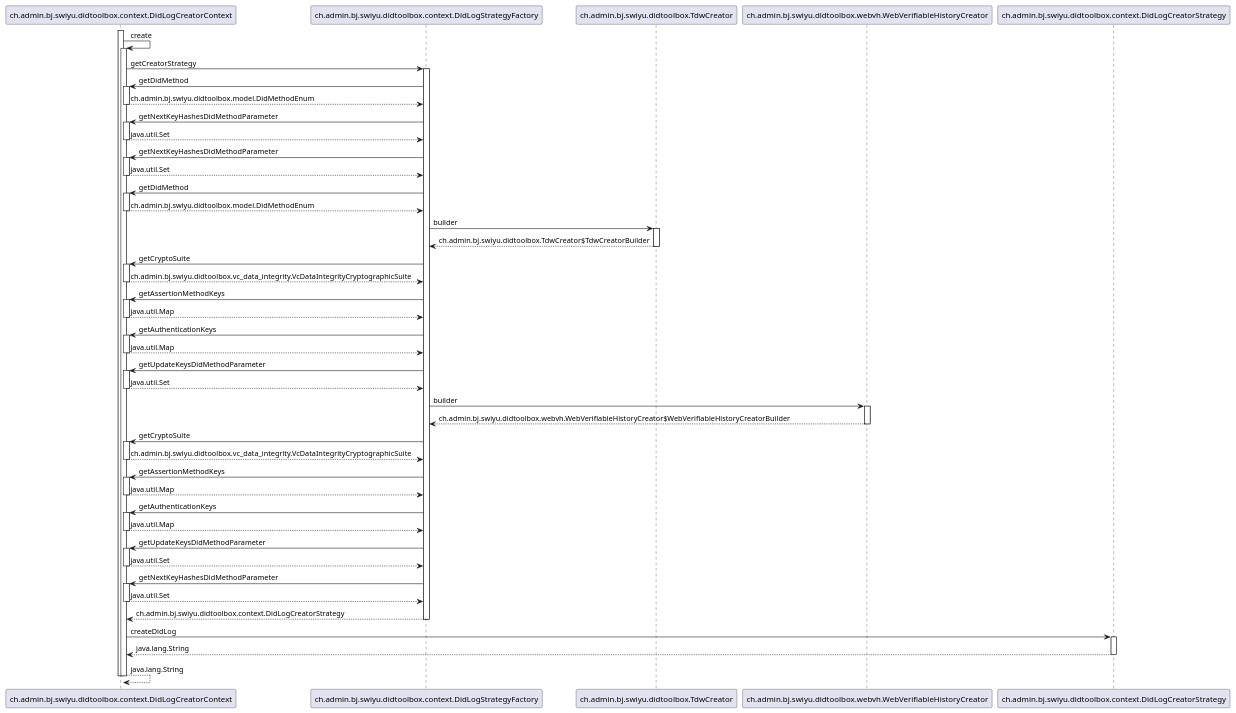
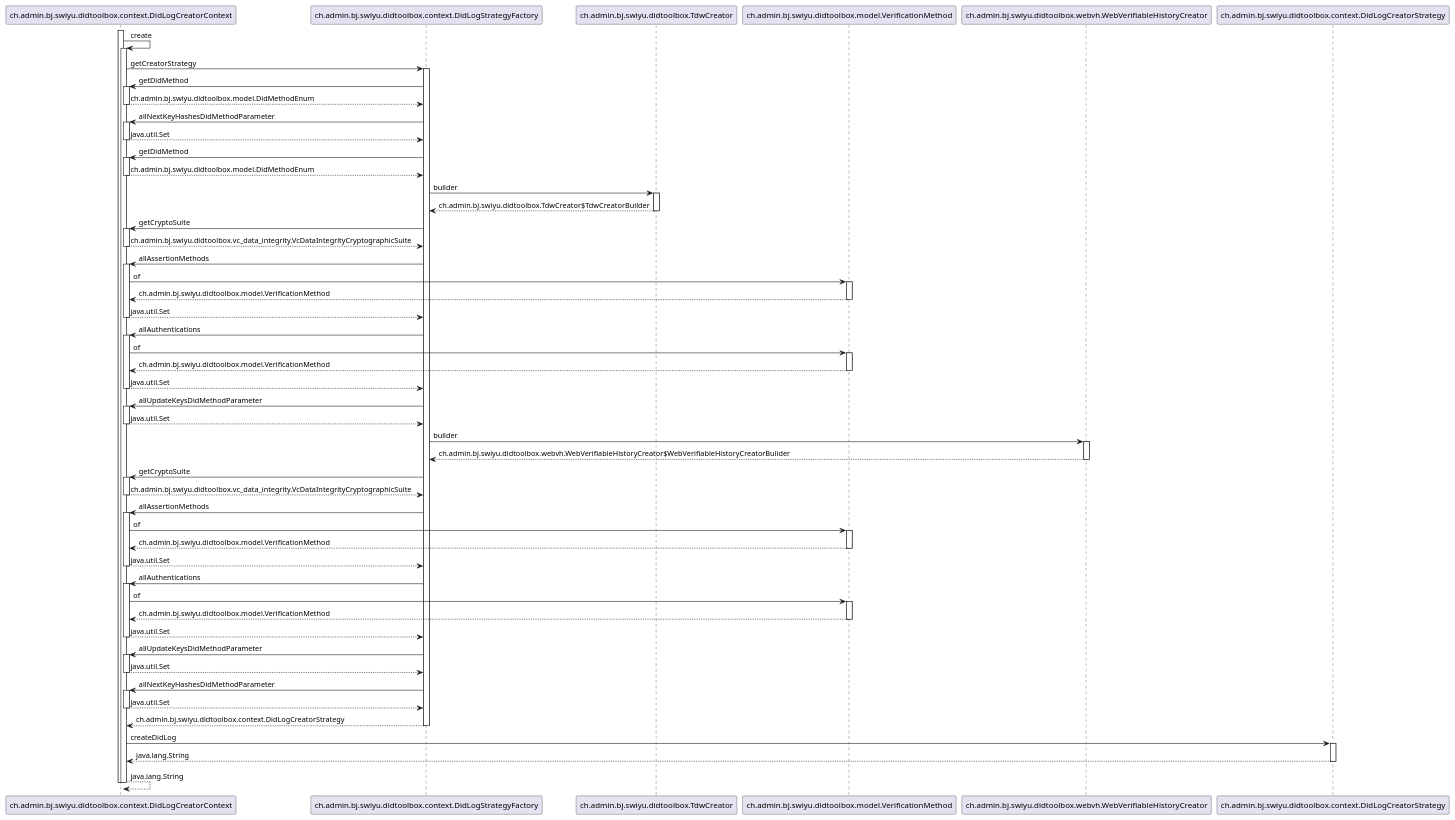
One commit to swiyu-admin-ch/didtoolbox-java changed the diagram in src/main/plantuml/DidLogCreatorContext-create.puml. Above: the diagram before and after it, drawn with PlantUML. The commit also changed 12 other files, not shown here.

Commit message:
EIDOMNI-708: Further unit tests added. PlantUML diagrams updated

```diff
--- a/src/main/plantuml/DidLogCreatorContext-create.puml
+++ b/src/main/plantuml/DidLogCreatorContext-create.puml
@@ -2,84 +2,97 @@
 @startuml
 
 participant ch.admin.bj.swiyu.didtoolbox.context.DidLogCreatorContext
 participant ch.admin.bj.swiyu.didtoolbox.context.DidLogStrategyFactory
 participant ch.admin.bj.swiyu.didtoolbox.TdwCreator
+participant ch.admin.bj.swiyu.didtoolbox.model.VerificationMethod
 participant ch.admin.bj.swiyu.didtoolbox.webvh.WebVerifiableHistoryCreator
 participant ch.admin.bj.swiyu.didtoolbox.context.DidLogCreatorStrategy
 
 activate ch.admin.bj.swiyu.didtoolbox.context.DidLogCreatorContext
 	ch.admin.bj.swiyu.didtoolbox.context.DidLogCreatorContext -> ch.admin.bj.swiyu.didtoolbox.context.DidLogCreatorContext : create
 	activate ch.admin.bj.swiyu.didtoolbox.context.DidLogCreatorContext
 		ch.admin.bj.swiyu.didtoolbox.context.DidLogCreatorContext -> ch.admin.bj.swiyu.didtoolbox.context.DidLogStrategyFactory : getCreatorStrategy
 		activate ch.admin.bj.swiyu.didtoolbox.context.DidLogStrategyFactory
 			ch.admin.bj.swiyu.didtoolbox.context.DidLogStrategyFactory -> ch.admin.bj.swiyu.didtoolbox.context.DidLogCreatorContext : getDidMethod
 			activate ch.admin.bj.swiyu.didtoolbox.context.DidLogCreatorContext
 				ch.admin.bj.swiyu.didtoolbox.context.DidLogCreatorContext --> ch.admin.bj.swiyu.didtoolbox.context.DidLogStrategyFactory : ch.admin.bj.swiyu.didtoolbox.model.DidMethodEnum
 			deactivate ch.admin.bj.swiyu.didtoolbox.context.DidLogCreatorContext
-			ch.admin.bj.swiyu.didtoolbox.context.DidLogStrategyFactory -> ch.admin.bj.swiyu.didtoolbox.context.DidLogCreatorContext : getNextKeyHashesDidMethodParameter
-			activate ch.admin.bj.swiyu.didtoolbox.context.DidLogCreatorContext
-				ch.admin.bj.swiyu.didtoolbox.context.DidLogCreatorContext --> ch.admin.bj.swiyu.didtoolbox.context.DidLogStrategyFactory : java.util.Set
-			deactivate ch.admin.bj.swiyu.didtoolbox.context.DidLogCreatorContext
-			ch.admin.bj.swiyu.didtoolbox.context.DidLogStrategyFactory -> ch.admin.bj.swiyu.didtoolbox.context.DidLogCreatorContext : getNextKeyHashesDidMethodParameter
+			ch.admin.bj.swiyu.didtoolbox.context.DidLogStrategyFactory -> ch.admin.bj.swiyu.didtoolbox.context.DidLogCreatorContext : allNextKeyHashesDidMethodParameter
 			activate ch.admin.bj.swiyu.didtoolbox.context.DidLogCreatorContext
 				ch.admin.bj.swiyu.didtoolbox.context.DidLogCreatorContext --> ch.admin.bj.swiyu.didtoolbox.context.DidLogStrategyFactory : java.util.Set
 			deactivate ch.admin.bj.swiyu.didtoolbox.context.DidLogCreatorContext
 			ch.admin.bj.swiyu.didtoolbox.context.DidLogStrategyFactory -> ch.admin.bj.swiyu.didtoolbox.context.DidLogCreatorContext : getDidMethod
 			activate ch.admin.bj.swiyu.didtoolbox.context.DidLogCreatorContext
 				ch.admin.bj.swiyu.didtoolbox.context.DidLogCreatorContext --> ch.admin.bj.swiyu.didtoolbox.context.DidLogStrategyFactory : ch.admin.bj.swiyu.didtoolbox.model.DidMethodEnum
 			deactivate ch.admin.bj.swiyu.didtoolbox.context.DidLogCreatorContext
 			ch.admin.bj.swiyu.didtoolbox.context.DidLogStrategyFactory -> ch.admin.bj.swiyu.didtoolbox.TdwCreator : builder
 			activate ch.admin.bj.swiyu.didtoolbox.TdwCreator
 				ch.admin.bj.swiyu.didtoolbox.TdwCreator --> ch.admin.bj.swiyu.didtoolbox.context.DidLogStrategyFactory : ch.admin.bj.swiyu.didtoolbox.TdwCreator$TdwCreatorBuilder
 			deactivate ch.admin.bj.swiyu.didtoolbox.TdwCreator
 			ch.admin.bj.swiyu.didtoolbox.context.DidLogStrategyFactory -> ch.admin.bj.swiyu.didtoolbox.context.DidLogCreatorContext : getCryptoSuite
 			activate ch.admin.bj.swiyu.didtoolbox.context.DidLogCreatorContext
 				ch.admin.bj.swiyu.didtoolbox.context.DidLogCreatorContext --> ch.admin.bj.swiyu.didtoolbox.context.DidLogStrategyFactory : ch.admin.bj.swiyu.didtoolbox.vc_data_integrity.VcDataIntegrityCryptographicSuite
 			deactivate ch.admin.bj.swiyu.didtoolbox.context.DidLogCreatorContext
-			ch.admin.bj.swiyu.didtoolbox.context.DidLogStrategyFactory -> ch.admin.bj.swiyu.didtoolbox.context.DidLogCreatorContext : getAssertionMethodKeys
+			ch.admin.bj.swiyu.didtoolbox.context.DidLogStrategyFactory -> ch.admin.bj.swiyu.didtoolbox.context.DidLogCreatorContext : allAssertionMethods
 			activate ch.admin.bj.swiyu.didtoolbox.context.DidLogCreatorContext
-				ch.admin.bj.swiyu.didtoolbox.context.DidLogCreatorContext --> ch.admin.bj.swiyu.didtoolbox.context.DidLogStrategyFactory : java.util.Map
+				ch.admin.bj.swiyu.didtoolbox.context.DidLogCreatorContext -> ch.admin.bj.swiyu.didtoolbox.model.VerificationMethod : of
+				activate ch.admin.bj.swiyu.didtoolbox.model.VerificationMethod
+					ch.admin.bj.swiyu.didtoolbox.model.VerificationMethod --> ch.admin.bj.swiyu.didtoolbox.context.DidLogCreatorContext : ch.admin.bj.swiyu.didtoolbox.model.VerificationMethod
+				deactivate ch.admin.bj.swiyu.didtoolbox.model.VerificationMethod
+				ch.admin.bj.swiyu.didtoolbox.context.DidLogCreatorContext --> ch.admin.bj.swiyu.didtoolbox.context.DidLogStrategyFactory : java.util.Set
 			deactivate ch.admin.bj.swiyu.didtoolbox.context.DidLogCreatorContext
-			ch.admin.bj.swiyu.didtoolbox.context.DidLogStrategyFactory -> ch.admin.bj.swiyu.didtoolbox.context.DidLogCreatorContext : getAuthenticationKeys
+			ch.admin.bj.swiyu.didtoolbox.context.DidLogStrategyFactory -> ch.admin.bj.swiyu.didtoolbox.context.DidLogCreatorContext : allAuthentications
 			activate ch.admin.bj.swiyu.didtoolbox.context.DidLogCreatorContext
-				ch.admin.bj.swiyu.didtoolbox.context.DidLogCreatorContext --> ch.admin.bj.swiyu.didtoolbox.context.DidLogStrategyFactory : java.util.Map
+				ch.admin.bj.swiyu.didtoolbox.context.DidLogCreatorContext -> ch.admin.bj.swiyu.didtoolbox.model.VerificationMethod : of
+				activate ch.admin.bj.swiyu.didtoolbox.model.VerificationMethod
+					ch.admin.bj.swiyu.didtoolbox.model.VerificationMethod --> ch.admin.bj.swiyu.didtoolbox.context.DidLogCreatorContext : ch.admin.bj.swiyu.didtoolbox.model.VerificationMethod
+				deactivate ch.admin.bj.swiyu.didtoolbox.model.VerificationMethod
+				ch.admin.bj.swiyu.didtoolbox.context.DidLogCreatorContext --> ch.admin.bj.swiyu.didtoolbox.context.DidLogStrategyFactory : java.util.Set
 			deactivate ch.admin.bj.swiyu.didtoolbox.context.DidLogCreatorContext
-			ch.admin.bj.swiyu.didtoolbox.context.DidLogStrategyFactory -> ch.admin.bj.swiyu.didtoolbox.context.DidLogCreatorContext : getUpdateKeysDidMethodParameter
+			ch.admin.bj.swiyu.didtoolbox.context.DidLogStrategyFactory -> ch.admin.bj.swiyu.didtoolbox.context.DidLogCreatorContext : allUpdateKeysDidMethodParameter
 			activate ch.admin.bj.swiyu.didtoolbox.context.DidLogCreatorContext
 				ch.admin.bj.swiyu.didtoolbox.context.DidLogCreatorContext --> ch.admin.bj.swiyu.didtoolbox.context.DidLogStrategyFactory : java.util.Set
 			deactivate ch.admin.bj.swiyu.didtoolbox.context.DidLogCreatorContext
 			ch.admin.bj.swiyu.didtoolbox.context.DidLogStrategyFactory -> ch.admin.bj.swiyu.didtoolbox.webvh.WebVerifiableHistoryCreator : builder
 			activate ch.admin.bj.swiyu.didtoolbox.webvh.WebVerifiableHistoryCreator
 				ch.admin.bj.swiyu.didtoolbox.webvh.WebVerifiableHistoryCreator --> ch.admin.bj.swiyu.didtoolbox.context.DidLogStrategyFactory : ch.admin.bj.swiyu.didtoolbox.webvh.WebVerifiableHistoryCreator$WebVerifiableHistoryCreatorBuilder
 			deactivate ch.admin.bj.swiyu.didtoolbox.webvh.WebVerifiableHistoryCreator
 			ch.admin.bj.swiyu.didtoolbox.context.DidLogStrategyFactory -> ch.admin.bj.swiyu.didtoolbox.context.DidLogCreatorContext : getCryptoSuite
 			activate ch.admin.bj.swiyu.didtoolbox.context.DidLogCreatorContext
 				ch.admin.bj.swiyu.didtoolbox.context.DidLogCreatorContext --> ch.admin.bj.swiyu.didtoolbox.context.DidLogStrategyFactory : ch.admin.bj.swiyu.didtoolbox.vc_data_integrity.VcDataIntegrityCryptographicSuite
 			deactivate ch.admin.bj.swiyu.didtoolbox.context.DidLogCreatorContext
-			ch.admin.bj.swiyu.didtoolbox.context.DidLogStrategyFactory -> ch.admin.bj.swiyu.didtoolbox.context.DidLogCreatorContext : getAssertionMethodKeys
+			ch.admin.bj.swiyu.didtoolbox.context.DidLogStrategyFactory -> ch.admin.bj.swiyu.didtoolbox.context.DidLogCreatorContext : allAssertionMethods
 			activate ch.admin.bj.swiyu.didtoolbox.context.DidLogCreatorContext
-				ch.admin.bj.swiyu.didtoolbox.context.DidLogCreatorContext --> ch.admin.bj.swiyu.didtoolbox.context.DidLogStrategyFactory : java.util.Map
+				ch.admin.bj.swiyu.didtoolbox.context.DidLogCreatorContext -> ch.admin.bj.swiyu.didtoolbox.model.VerificationMethod : of
+				activate ch.admin.bj.swiyu.didtoolbox.model.VerificationMethod
+					ch.admin.bj.swiyu.didtoolbox.model.VerificationMethod --> ch.admin.bj.swiyu.didtoolbox.context.DidLogCreatorContext : ch.admin.bj.swiyu.didtoolbox.model.VerificationMethod
+				deactivate ch.admin.bj.swiyu.didtoolbox.model.VerificationMethod
+				ch.admin.bj.swiyu.didtoolbox.context.DidLogCreatorContext --> ch.admin.bj.swiyu.didtoolbox.context.DidLogStrategyFactory : java.util.Set
 			deactivate ch.admin.bj.swiyu.didtoolbox.context.DidLogCreatorContext
-			ch.admin.bj.swiyu.didtoolbox.context.DidLogStrategyFactory -> ch.admin.bj.swiyu.didtoolbox.context.DidLogCreatorContext : getAuthenticationKeys
+			ch.admin.bj.swiyu.didtoolbox.context.DidLogStrategyFactory -> ch.admin.bj.swiyu.didtoolbox.context.DidLogCreatorContext : allAuthentications
 			activate ch.admin.bj.swiyu.didtoolbox.context.DidLogCreatorContext
-				ch.admin.bj.swiyu.didtoolbox.context.DidLogCreatorContext --> ch.admin.bj.swiyu.didtoolbox.context.DidLogStrategyFactory : java.util.Map
+				ch.admin.bj.swiyu.didtoolbox.context.DidLogCreatorContext -> ch.admin.bj.swiyu.didtoolbox.model.VerificationMethod : of
+				activate ch.admin.bj.swiyu.didtoolbox.model.VerificationMethod
+					ch.admin.bj.swiyu.didtoolbox.model.VerificationMethod --> ch.admin.bj.swiyu.didtoolbox.context.DidLogCreatorContext : ch.admin.bj.swiyu.didtoolbox.model.VerificationMethod
+				deactivate ch.admin.bj.swiyu.didtoolbox.model.VerificationMethod
+				ch.admin.bj.swiyu.didtoolbox.context.DidLogCreatorContext --> ch.admin.bj.swiyu.didtoolbox.context.DidLogStrategyFactory : java.util.Set
 			deactivate ch.admin.bj.swiyu.didtoolbox.context.DidLogCreatorContext
-			ch.admin.bj.swiyu.didtoolbox.context.DidLogStrategyFactory -> ch.admin.bj.swiyu.didtoolbox.context.DidLogCreatorContext : getUpdateKeysDidMethodParameter
+			ch.admin.bj.swiyu.didtoolbox.context.DidLogStrategyFactory -> ch.admin.bj.swiyu.didtoolbox.context.DidLogCreatorContext : allUpdateKeysDidMethodParameter
 			activate ch.admin.bj.swiyu.didtoolbox.context.DidLogCreatorContext
 				ch.admin.bj.swiyu.didtoolbox.context.DidLogCreatorContext --> ch.admin.bj.swiyu.didtoolbox.context.DidLogStrategyFactory : java.util.Set
 			deactivate ch.admin.bj.swiyu.didtoolbox.context.DidLogCreatorContext
-			ch.admin.bj.swiyu.didtoolbox.context.DidLogStrategyFactory -> ch.admin.bj.swiyu.didtoolbox.context.DidLogCreatorContext : getNextKeyHashesDidMethodParameter
+			ch.admin.bj.swiyu.didtoolbox.context.DidLogStrategyFactory -> ch.admin.bj.swiyu.didtoolbox.context.DidLogCreatorContext : allNextKeyHashesDidMethodParameter
 			activate ch.admin.bj.swiyu.didtoolbox.context.DidLogCreatorContext
 				ch.admin.bj.swiyu.didtoolbox.context.DidLogCreatorContext --> ch.admin.bj.swiyu.didtoolbox.context.DidLogStrategyFactory : java.util.Set
 			deactivate ch.admin.bj.swiyu.didtoolbox.context.DidLogCreatorContext
 			ch.admin.bj.swiyu.didtoolbox.context.DidLogStrategyFactory --> ch.admin.bj.swiyu.didtoolbox.context.DidLogCreatorContext : ch.admin.bj.swiyu.didtoolbox.context.DidLogCreatorStrategy
 		deactivate ch.admin.bj.swiyu.didtoolbox.context.DidLogStrategyFactory
 		ch.admin.bj.swiyu.didtoolbox.context.DidLogCreatorContext -> ch.admin.bj.swiyu.didtoolbox.context.DidLogCreatorStrategy : createDidLog
 		activate ch.admin.bj.swiyu.didtoolbox.context.DidLogCreatorStrategy
 			ch.admin.bj.swiyu.didtoolbox.context.DidLogCreatorStrategy --> ch.admin.bj.swiyu.didtoolbox.context.DidLogCreatorContext : java.lang.String
 		deactivate ch.admin.bj.swiyu.didtoolbox.context.DidLogCreatorStrategy
 		ch.admin.bj.swiyu.didtoolbox.context.DidLogCreatorContext --> ch.admin.bj.swiyu.didtoolbox.context.DidLogCreatorContext : java.lang.String
 	deactivate ch.admin.bj.swiyu.didtoolbox.context.DidLogCreatorContext
 deactivate ch.admin.bj.swiyu.didtoolbox.context.DidLogCreatorContext
 
 @enduml
```
